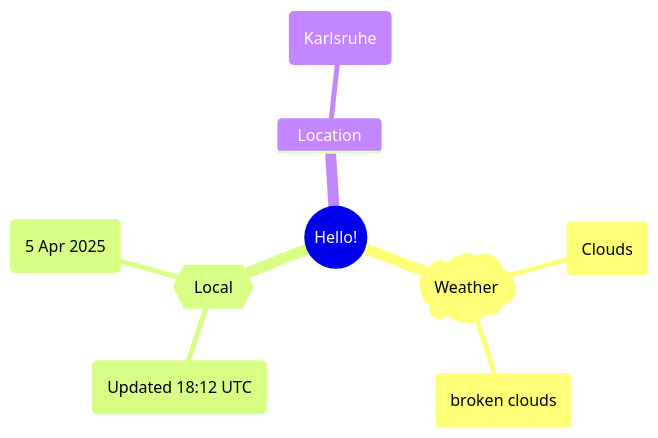
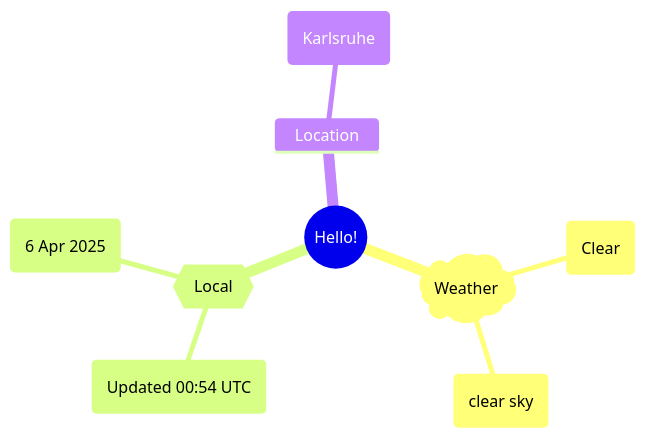
Before and after one commit to Xosrov/Xosrov: the first of 2 diagrams in README.md, drawn with Mermaid.

Commit message:
[bot] updated images

````diff
--- a/README.md
+++ b/README.md
@@ -3,12 +3,12 @@
 ```mermaid
 mindmap
   root((Hello!))
     )Weather(
-        (Clouds)
-        (broken clouds)
+        (Clear)
+        (clear sky)
     {{Local}}
-        (Updated 18:12 UTC)
-        (5 Apr 2025)
+        (Updated 00:54 UTC)
+        (6 Apr 2025)
     Location
         (Karlsruhe)
 ```
````
